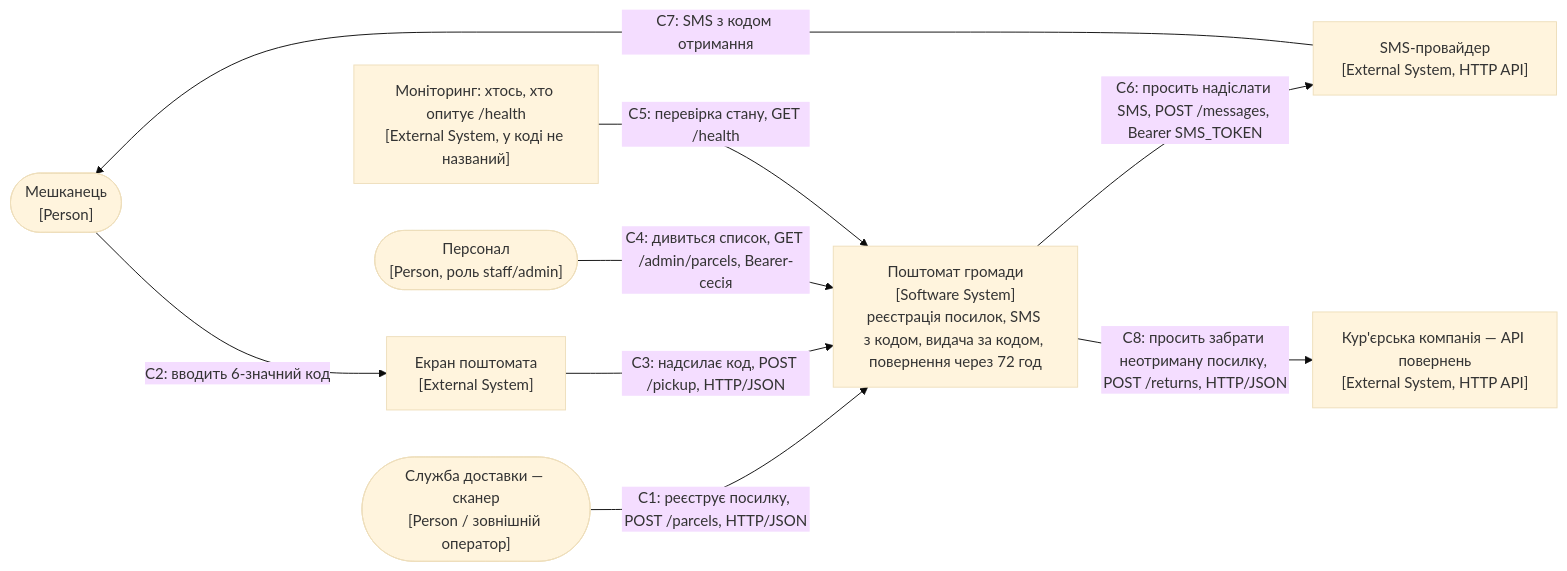
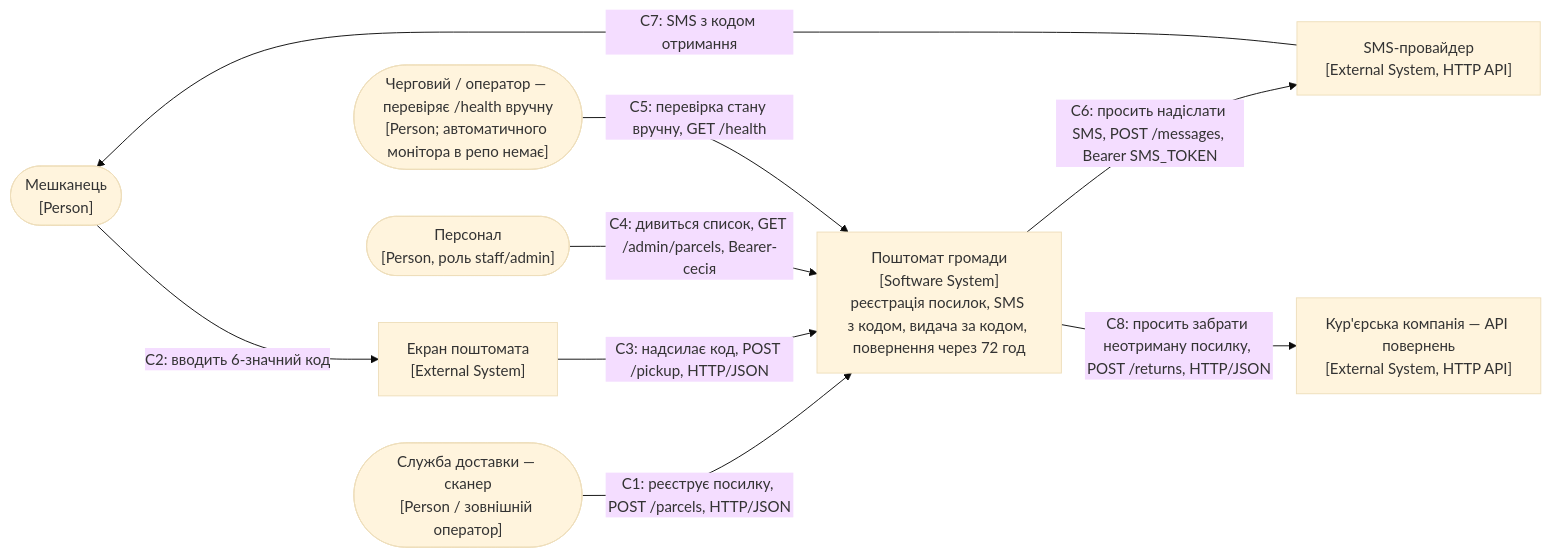
The first of 2 diagrams in docs/architecture.md (koldovsky/2026-udc-11-architecture-devops-hw), drawn with Mermaid (base theme) before and after one commit. The commit also changed other lines of this file and 5 other files, not shown here.

````diff
--- a/docs/architecture.md
+++ b/docs/architecture.md
@@ -13,22 +13,22 @@
 ```mermaid
 flowchart LR
   resident(["Мешканець<br/>[Person]"])
   delivery(["Служба доставки — сканер<br/>[Person / зовнішній оператор]"])
   staff(["Персонал<br/>[Person, роль staff/admin]"])
   screen["Екран поштомата<br/>[External System]"]
-  monitor["Моніторинг: хтось, хто опитує /health<br/>[External System, у коді не названий]"]
+  monitor(["Черговий / оператор — перевіряє /health вручну<br/>[Person; автоматичного монітора в репо немає]"])
 
   system["Поштомат громади<br/>[Software System]<br/>реєстрація посилок, SMS з кодом, видача за кодом, повернення через 72 год"]
 
   sms["SMS-провайдер<br/>[External System, HTTP API]"]
   courier["Кур'єрська компанія — API повернень<br/>[External System, HTTP API]"]
 
   delivery -->|"C1: реєструє посилку, POST /parcels, HTTP/JSON"| system
   resident -->|"C2: вводить 6-значний код"| screen
   screen -->|"C3: надсилає код, POST /pickup, HTTP/JSON"| system
   staff -->|"C4: дивиться список, GET /admin/parcels, Bearer-сесія"| system
-  monitor -->|"C5: перевірка стану, GET /health"| system
+  monitor -->|"C5: перевірка стану вручну, GET /health"| system
   system -->|"C6: просить надіслати SMS, POST /messages, Bearer SMS_TOKEN"| sms
   sms -->|"C7: SMS з кодом отримання"| resident
   system -->|"C8: просить забрати неотриману посилку, POST /returns, HTTP/JSON"| courier
 ```
````
